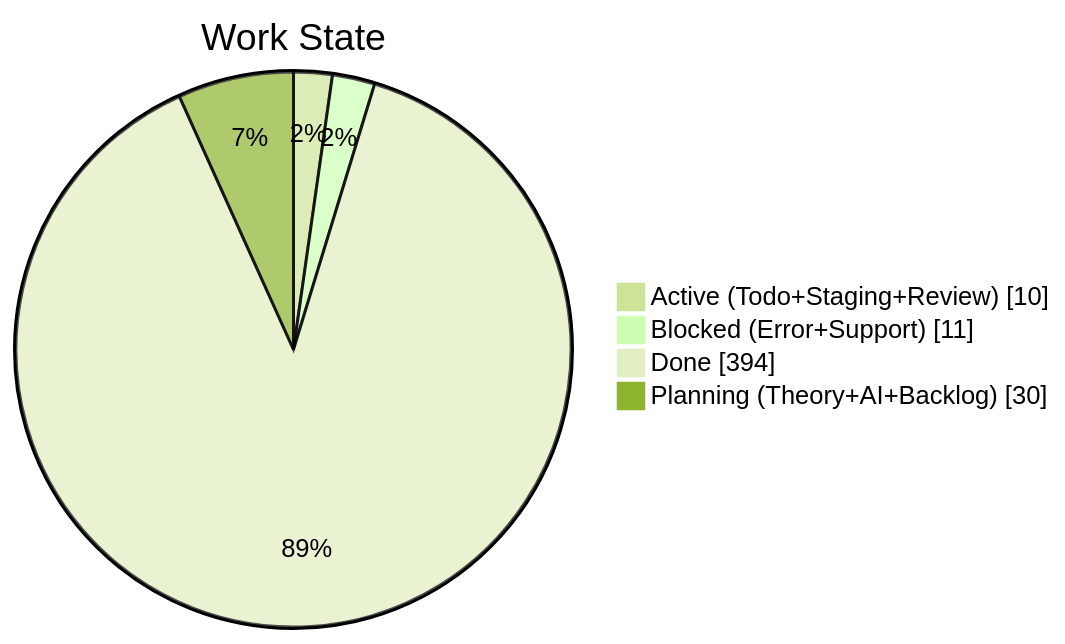
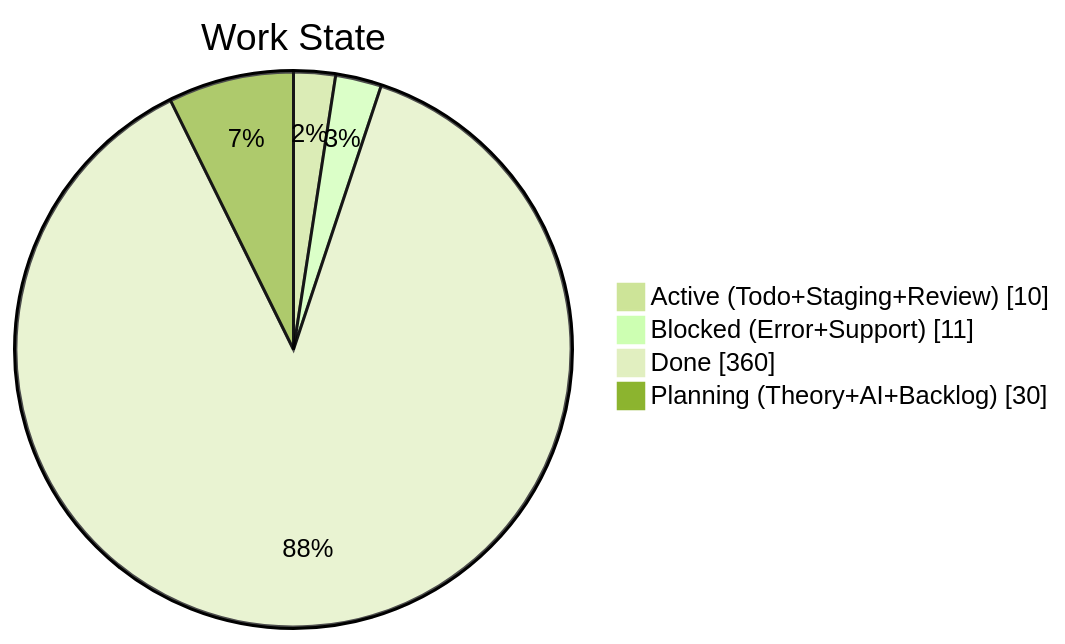
The second of 4 diagrams in apps/kbve/astro-kbve/src/content/docs/dashboard/kanban-data.mdx (KBVE/kbve), drawn with Mermaid (forest theme) before and after one commit. The commit also changed other lines of this file and 7 other files, not shown here.

````diff
--- a/apps/kbve/astro-kbve/src/content/docs/dashboard/kanban-data.mdx
+++ b/apps/kbve/astro-kbve/src/content/docs/dashboard/kanban-data.mdx
@@ -67,8 +67,8 @@
 ```mermaid
 pie showData
     title Work State
     "Active (Todo+Staging+Review)" : 10
     "Blocked (Error+Support)" : 11
-    "Done" : 394
+    "Done" : 360
     "Planning (Theory+AI+Backlog)" : 30
 ```
````
